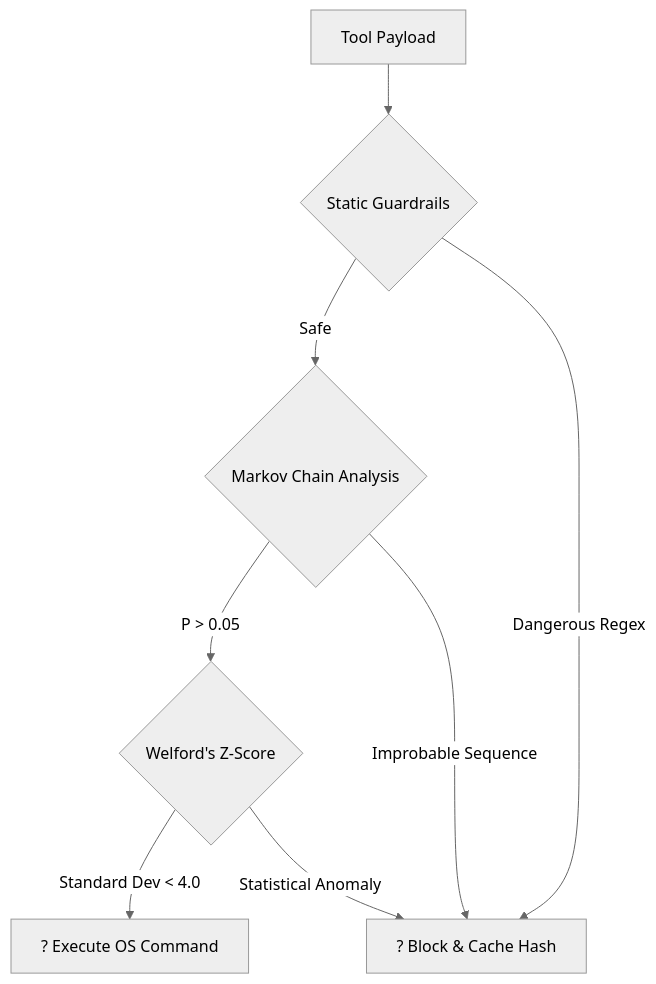
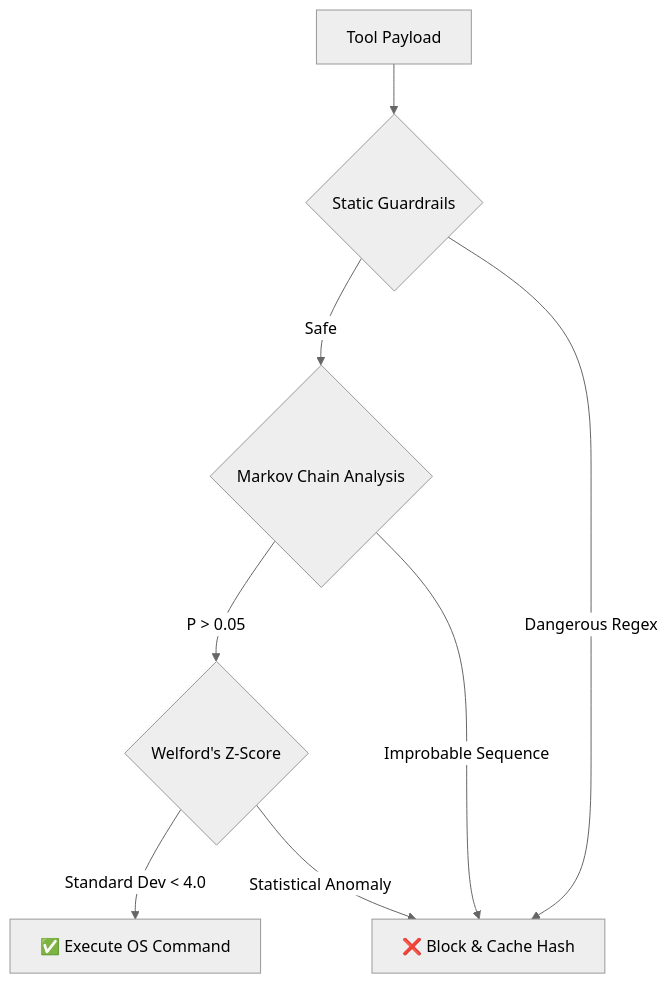
The third of 3 diagrams in README.md (ojaswi1234/Voila_Voice), drawn with Mermaid (neutral theme) before and after one commit. The commit also changed other lines of this file and 50 other files, not shown here.

````diff
--- a/README.md
+++ b/README.md
@@ -63,12 +63,12 @@
 ```mermaid
 flowchart TD
     Req[Tool Payload] --> Static{Static Guardrails}
     Static -- Safe --> Markov{Markov Chain Analysis}
-    Static -- Dangerous Regex --> Cache[? Block & Cache Hash]
+    Static -- Dangerous Regex --> Cache[❌ Block & Cache Hash]
     
     Markov -- P > 0.05 --> ZScore{Welford's Z-Score}
     Markov -- Improbable Sequence --> Cache
     
-    ZScore -- Standard Dev < 4.0 --> Exec[? Execute OS Command]
+    ZScore -- Standard Dev < 4.0 --> Exec[✅ Execute OS Command]
     ZScore -- Statistical Anomaly --> Cache
 ```
````
